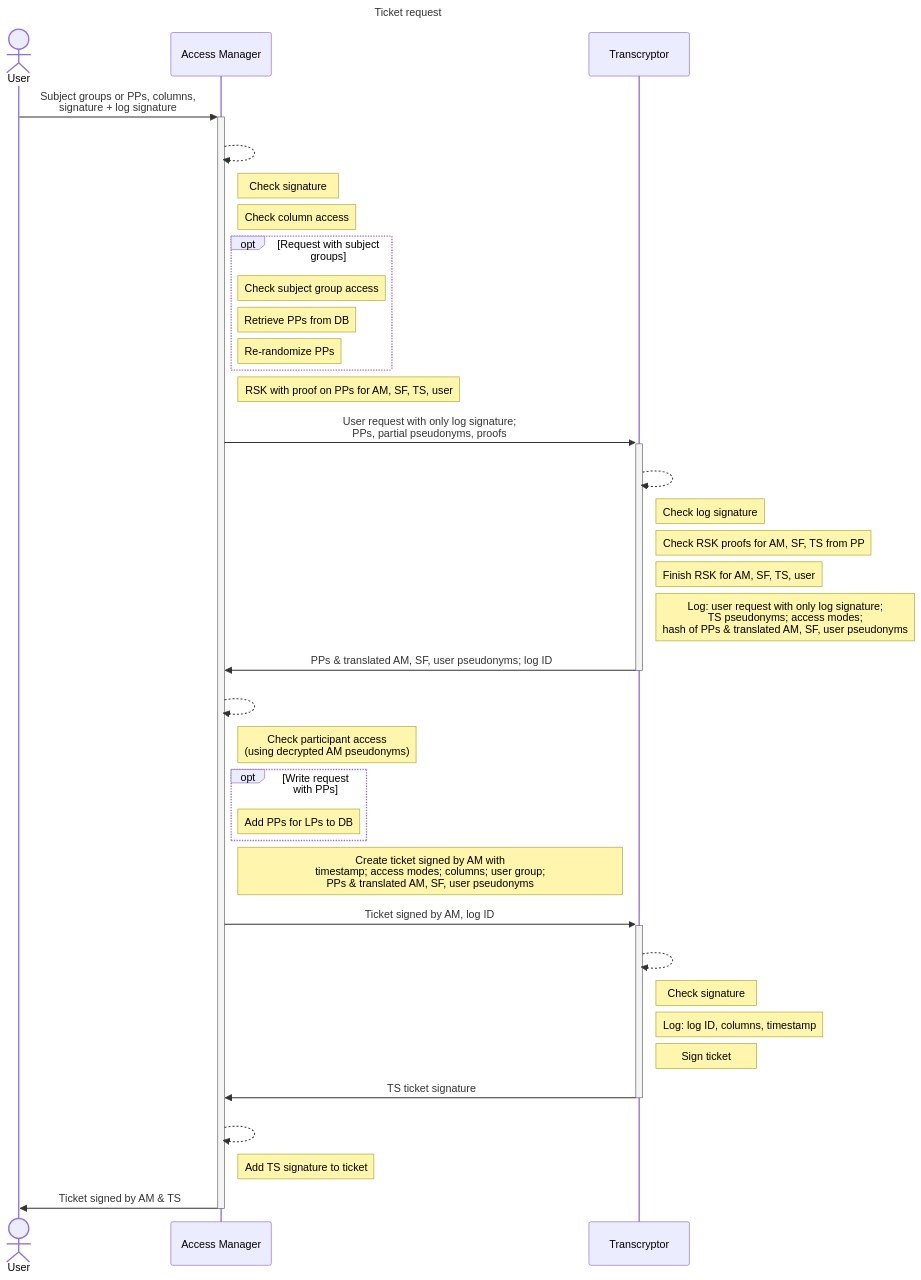
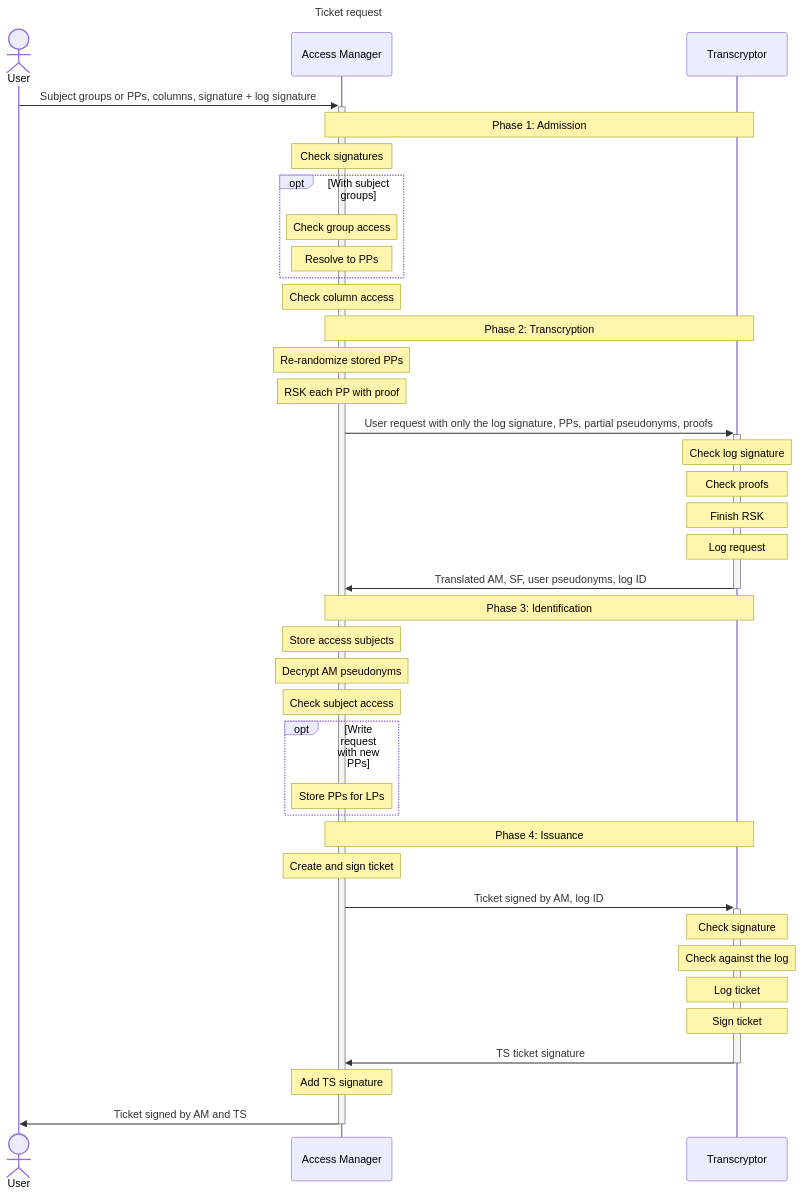
Before and after one commit to PEP-Repository/core: the diagram in docs/public/crypto/ticket_request.md, drawn with Mermaid. The commit also changed other lines of this file, not shown here.

Commit message:
docs(handleTicketRequest2): Update ticket_request.md
Change the documentation to match the four phase structure of the
implementation

````diff
--- a/docs/public/crypto/ticket_request.md
+++ b/docs/public/crypto/ticket_request.md
@@ -7,51 +22,47 @@
 ```mermaid
 sequenceDiagram
   title Ticket request
   actor User
   participant AM as Access Manager
   participant TS as Transcryptor
 
-  User->>+AM: Subject groups or PPs, columns,<br/>signature + log signature
+  User->>+AM: Subject groups or PPs, columns, signature + log signature
 
-    %% Space to prevent parsing error in GitLab
-    AM-->>AM: #32;
-    note right of AM: Check signature
-    note right of AM: Check column access
-    opt Request with subject groups
-      note right of AM: Check subject group access
-      note right of AM: Retrieve PPs from DB
-      note right of AM: Re-randomize PPs
-    end
-    note right of AM: RSK with proof on PPs for AM, SF, TS, user
+  Note over AM,TS: Phase 1: Admission
+  Note over AM: Check signatures
+  opt With subject groups
+    Note over AM: Check group access
+    Note over AM: Resolve to PPs
+  end
+  Note over AM: Check column access
 
-    AM->>+TS: User request with only log signature#59;<br/>PPs, partial pseudonyms, proofs
+  Note over AM,TS: Phase 2: Transcryption
+  Note over AM: Re-randomize stored PPs
+  Note over AM: RSK each PP with proof
+  AM->>+TS: User request with only the log signature, PPs, partial pseudonyms, proofs
+  Note over TS: Check log signature
+  Note over TS: Check proofs
+  Note over TS: Finish RSK
+  Note over TS: Log request
+  TS->>-AM: Translated AM, SF, user pseudonyms, log ID
 
-      TS-->>TS: #32;
-      note right of TS: Check log signature
-      note right of TS: Check RSK proofs for AM, SF, TS from PP
-      note right of TS: Finish RSK for AM, SF, TS, user
-      note right of TS: Log: user request with only log signature#59;<br/>TS pseudonyms#59; access modes#59;<br/>hash of PPs & translated AM, SF, user pseudonyms
+  Note over AM,TS: Phase 3: Identification
+  Note over AM: Store access subjects
+  Note over AM: Decrypt AM pseudonyms
+  Note over AM: Check subject access
+  opt Write request with new PPs
+    Note over AM: Store PPs for LPs
+  end
 
-    TS->>-AM: PPs & translated AM, SF, user pseudonyms#59; log ID
+  Note over AM,TS: Phase 4: Issuance
+  Note over AM: Create and sign ticket
+  AM->>+TS: Ticket signed by AM, log ID
+  Note over TS: Check signature
+  Note over TS: Check against the log
+  Note over TS: Log ticket
+  Note over TS: Sign ticket
+  TS->>-AM: TS ticket signature
+  Note over AM: Add TS signature
 
-    AM-->>AM: #32;
-    note right of AM: Check participant access<br/>(using decrypted AM pseudonyms)
-    opt Write request with PPs
-      note right of AM: Add PPs for LPs to DB
-    end
-    note right of AM: Create ticket signed by AM with<br/>timestamp#59; access modes#59; columns#59; user group#59;<br/>PPs & translated AM, SF, user pseudonyms
-
-    AM->>+TS: Ticket signed by AM, log ID
-
-      TS-->>TS: #32;
-      note right of TS: Check signature
-      note right of TS: Log: log ID, columns, timestamp
-      note right of TS: Sign ticket
-
-    TS->>-AM: TS ticket signature
-
-    AM-->>AM: #32;
-    note right of AM: Add TS signature to ticket
-
-  AM->>-User: Ticket signed by AM & TS
+  AM->>-User: Ticket signed by AM and TS
 ```
````
